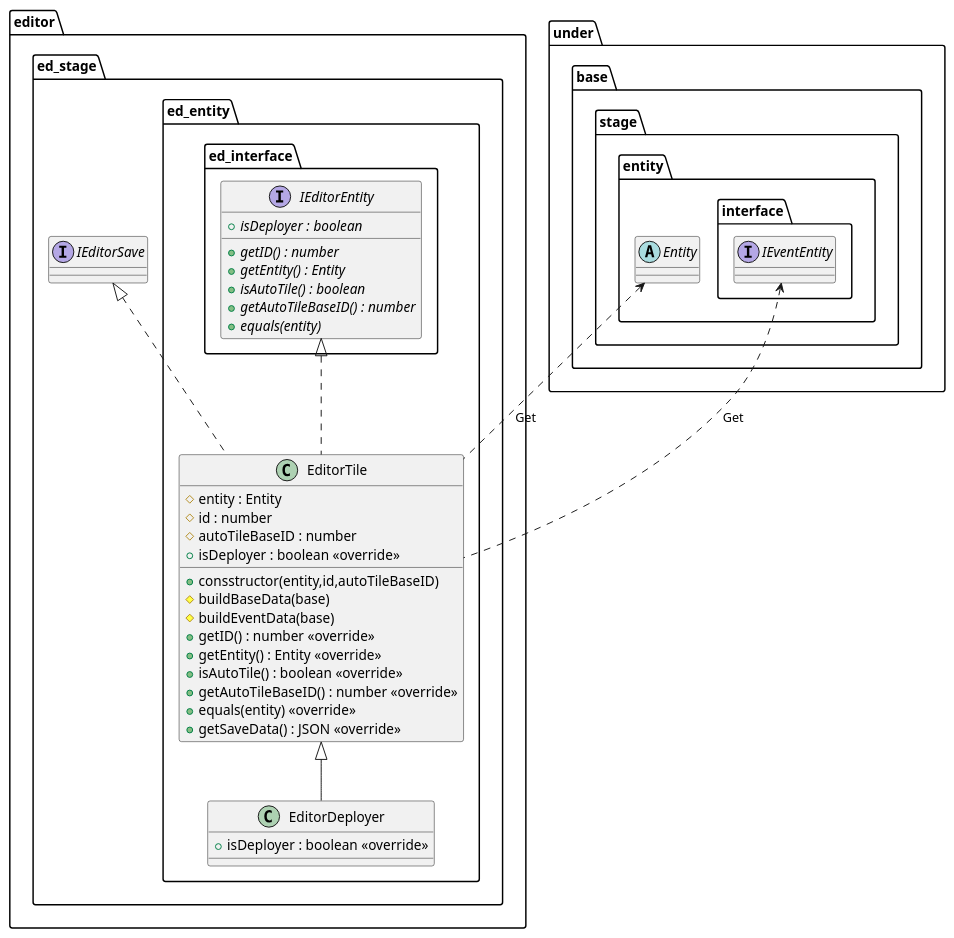
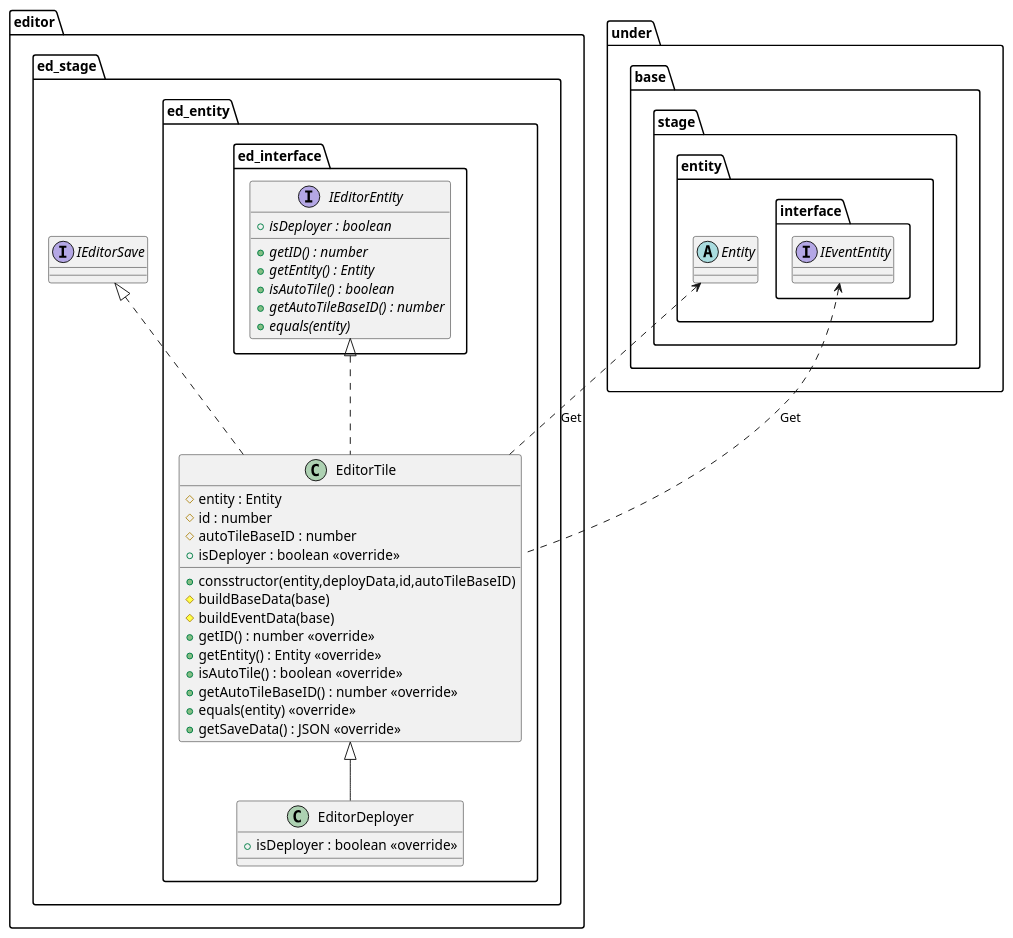
The diagram in uml/editor/element/Entity.wsd (Expine/Under), drawn with PlantUML before and after one commit. The commit also changed 5 other files, not shown here.

Commit message:
Store editor deploy data

```diff
--- a/uml/editor/element/Entity.wsd
+++ b/uml/editor/element/Entity.wsd
@@ -1,64 +1,64 @@
 @startuml EditorElement
 
 package editor {
     package ed_stage {
         package ed_entity {
             class EditorTile {
-                +consstructor(entity,id,autoTileBaseID)
+                +consstructor(entity,deployData,id,autoTileBaseID)
                 #entity : Entity
                 #id : number
                 #autoTileBaseID : number
                 #buildBaseData(base)
                 #buildEventData(base)
                 +getID() : number <<override>>
                 +getEntity() : Entity <<override>>
                 +isAutoTile() : boolean <<override>>
                 +getAutoTileBaseID() : number <<override>>
                 +equals(entity) <<override>>
                 +isDeployer : boolean <<override>>
                 +getSaveData() : JSON <<override>>
             }
             class EditorDeployer {
                 +isDeployer : boolean <<override>>
             }
             package ed_interface {
                 interface IEditorEntity {
                     {abstract} +getID() : number
                     {abstract} +getEntity() : Entity
                     {abstract} +isAutoTile() : boolean
                     {abstract} +getAutoTileBaseID() : number
                     {abstract} +equals(entity)
                     {abstract} +isDeployer : boolean
                 }
             }
         }
     }
 }
 
 package under {
     package base {
         package stage {
             package entity {
                 abstract Entity
                 package interface {
                     interface IEventEntity
                 }
             }
         }
     }
 }
 
 package editor {
     package ed_stage {
         interface IEditorSave
     }
 }
 
 Entity <.. EditorTile : Get
 IEventEntity <.. EditorTile : Get
 
 IEditorEntity <|.. EditorTile
 IEditorSave <|.. EditorTile
 EditorTile <|-- EditorDeployer
 
 @enduml
```
